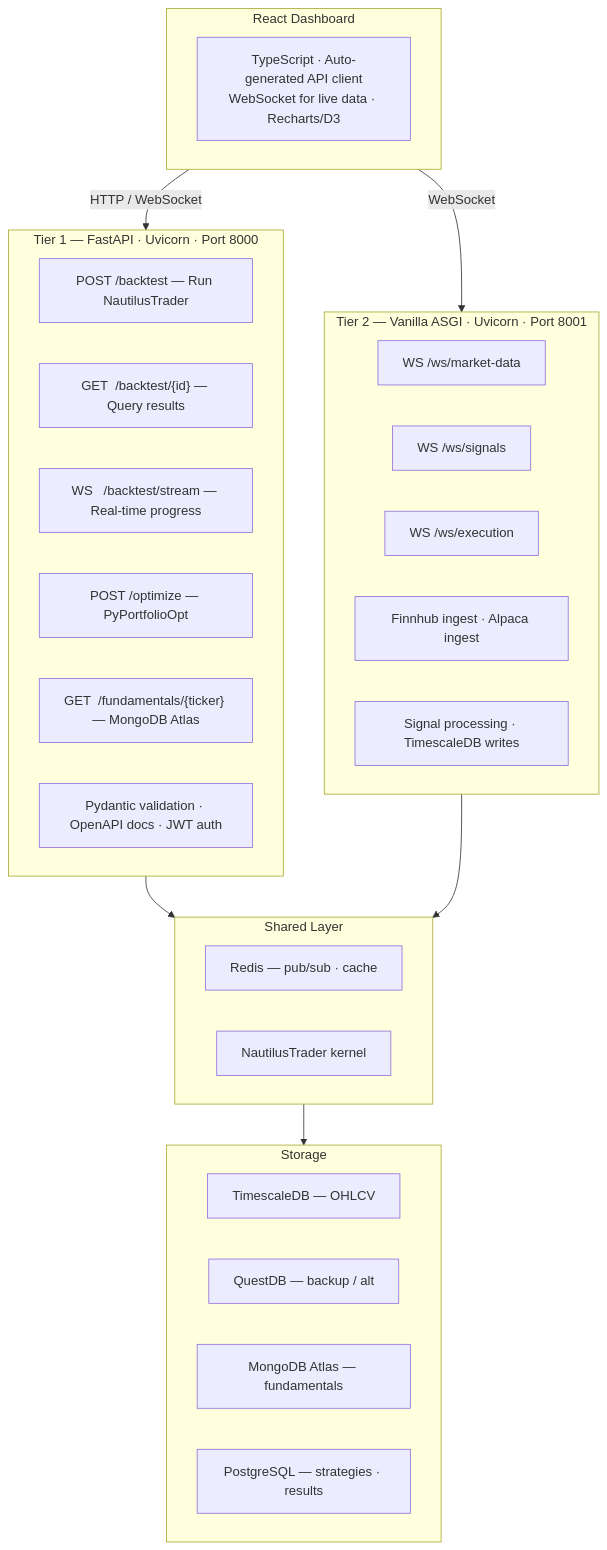
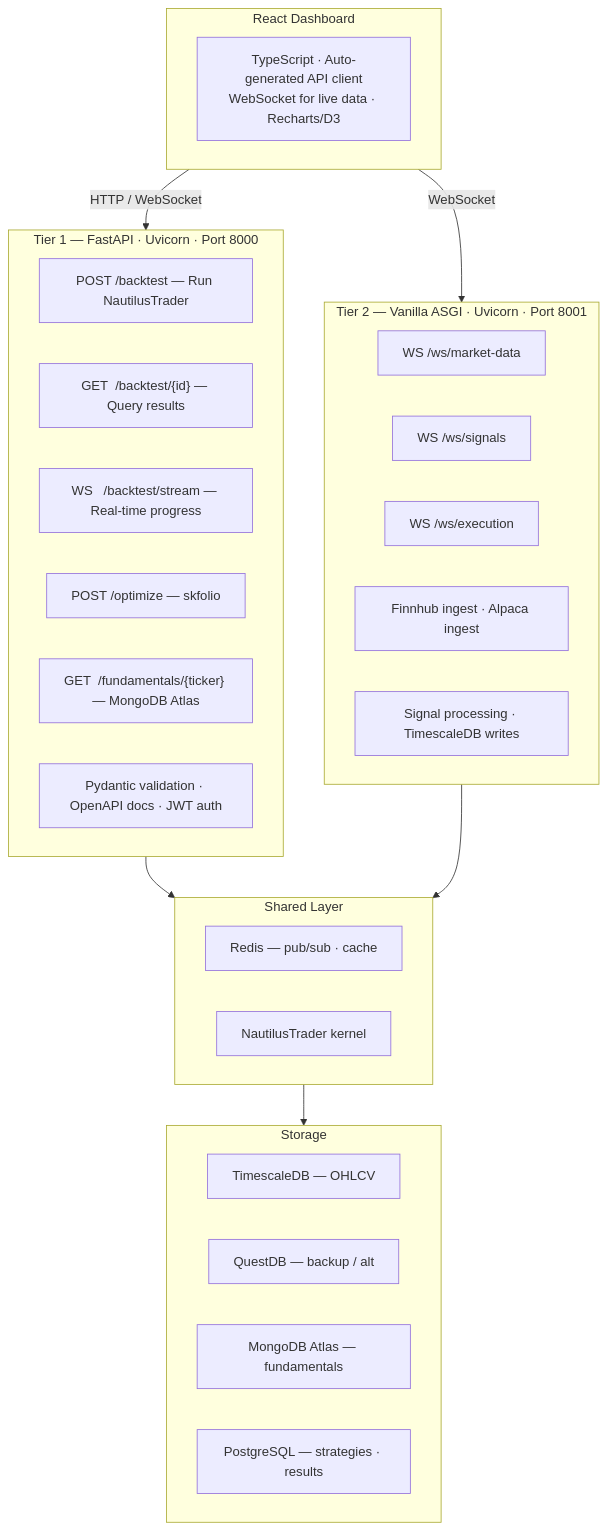
One commit to huydhoang/quantlens-docs changed the second of 2 diagrams in asgi_web_server.md. Above: the diagram before and after it, drawn with Mermaid. The commit also changed other lines of this file and 8 other files, not shown here.

Commit message:
docs: switch portfolio optimization decision to skfolio

````diff
--- a/asgi_web_server.md
+++ b/asgi_web_server.md
@@ -470,43 +466,43 @@
 ```mermaid
 flowchart TD
     subgraph frontend["React Dashboard"]
         FE["TypeScript · Auto-generated API client\nWebSocket for live data · Recharts/D3"]
     end
 
     frontend -->|HTTP / WebSocket| tier1
     frontend -->|WebSocket| tier2
 
     subgraph tier1["Tier 1 — FastAPI · Uvicorn · Port 8000"]
         T1A["POST /backtest — Run NautilusTrader"]
         T1B["GET  /backtest/&lbrace;id&rbrace; — Query results"]
         T1C["WS   /backtest/stream — Real-time progress"]
-        T1D["POST /optimize — PyPortfolioOpt"]
+        T1D["POST /optimize — skfolio"]
         T1E["GET  /fundamentals/&lbrace;ticker&rbrace; — MongoDB Atlas"]
         T1F["Pydantic validation · OpenAPI docs · JWT auth"]
     end
 
     subgraph tier2["Tier 2 — Vanilla ASGI · Uvicorn · Port 8001"]
         T2A["WS /ws/market-data"]
         T2B["WS /ws/signals"]
         T2C["WS /ws/execution"]
         T2D["Finnhub ingest · Alpaca ingest"]
         T2E["Signal processing · TimescaleDB writes"]
     end
 
     tier1 --> shared
     tier2 --> shared
 
     subgraph shared["Shared Layer"]
         SH1["Redis — pub/sub · cache"]
         SH2["NautilusTrader kernel"]
     end
 
     shared --> storage
 
     subgraph storage["Storage"]
         DB1["TimescaleDB — OHLCV"]
         DB2["QuestDB — backup / alt"]
         DB3["MongoDB Atlas — fundamentals"]
         DB4["PostgreSQL — strategies · results"]
     end
 ```
````
